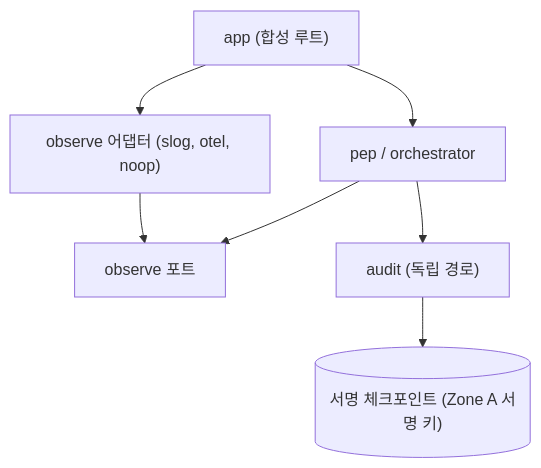
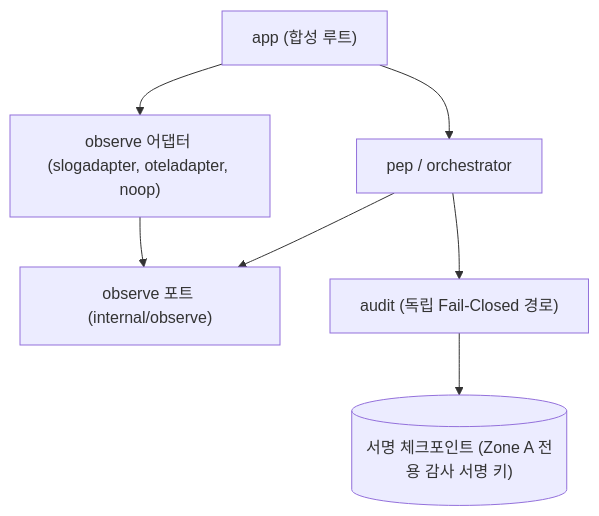
One commit to RadiantCitron/authz-harness changed the diagram in docs/로드맵/14-감사-확장-및-관측성-포트/ROADMAP.md. Above: the diagram before and after it, drawn with Mermaid. The commit also changed other lines of this file and 5 other files, not shown here.

Commit message:
docs(roadmap-14): 실제 코드 대조 기반 010~060 지시서 및 설계 5대 정합성 함정 보강

````diff
--- a/docs/로드맵/14-감사-확장-및-관측성-포트/ROADMAP.md
+++ b/docs/로드맵/14-감사-확장-및-관측성-포트/ROADMAP.md
@@ -18,9 +18,9 @@
 ```mermaid
 flowchart TD
   A["app (합성 루트)"] --> B["pep / orchestrator"]
-  A --> C["observe 어댑터 (slog, otel, noop)"]
-  B --> D["observe 포트"]
+  A --> C["observe 어댑터 (slogadapter, oteladapter, noop)"]
+  B --> D["observe 포트 (internal/observe)"]
   C --> D
-  B --> E["audit (독립 경로)"]
-  E --> K[("서명 체크포인트 (Zone A 서명 키)")]
+  B --> E["audit (독립 Fail-Closed 경로)"]
+  E --> K[("서명 체크포인트 (Zone A 전용 감사 서명 키)")]
 ```
````
